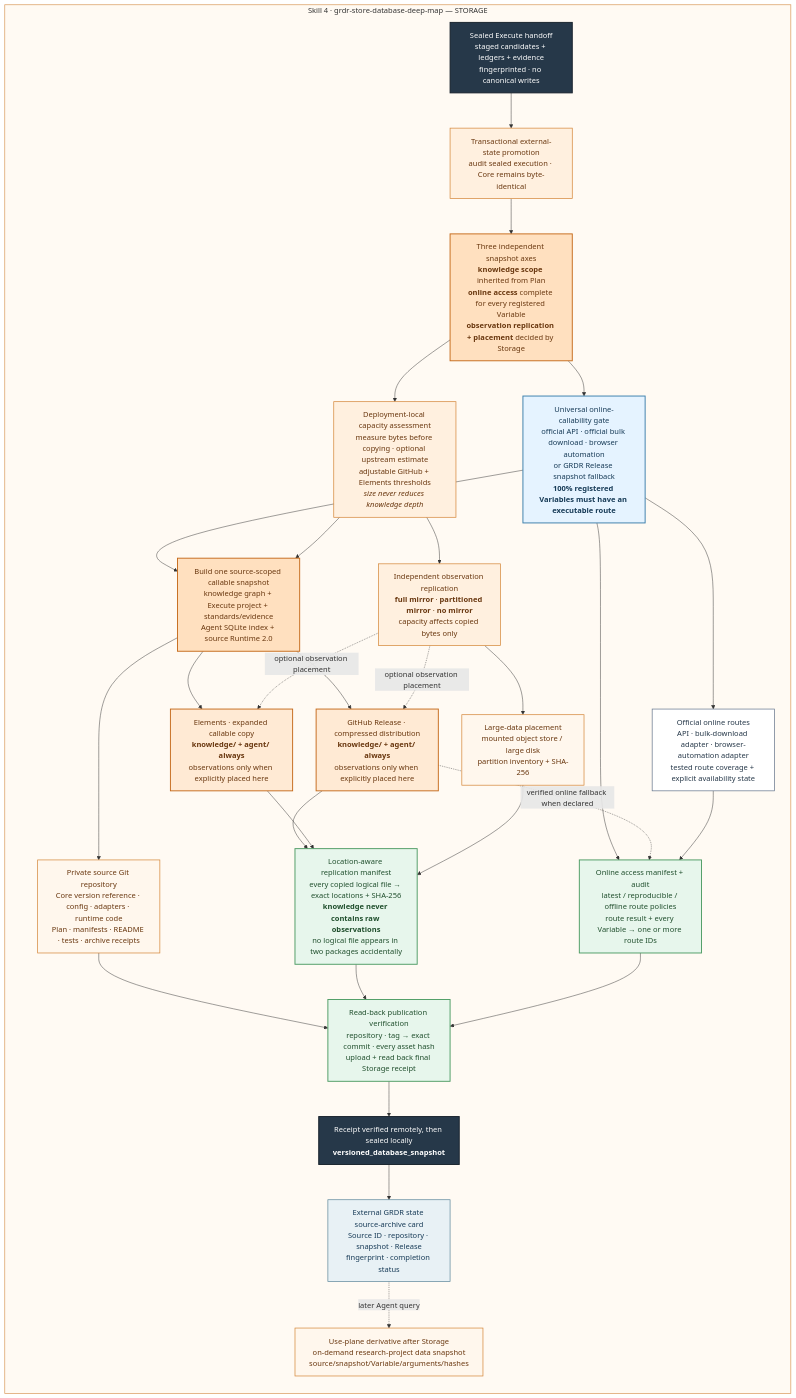
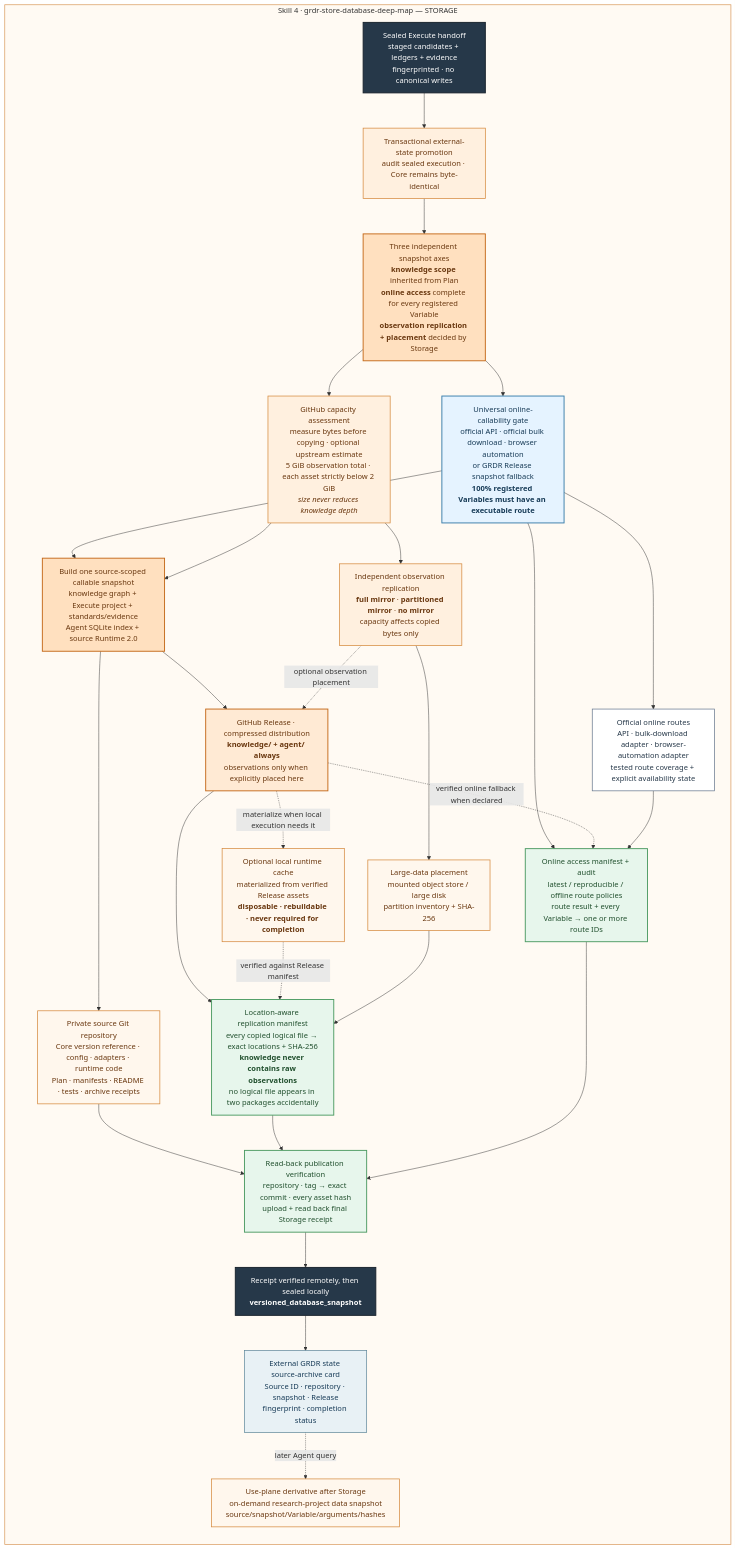
Before and after one commit to yangyuezh/grdr-core-version-archive: the fourth of 5 diagrams in README.md, drawn with Mermaid. The commit also changed other lines of this file and 31 other files, not shown here.

Commit message:
release: make local cache optional and optimize runtime v4.4.0

````diff
--- a/README.md
+++ b/README.md
@@ -166,60 +166,59 @@
 ```mermaid
 flowchart TB
         SEALED["Sealed Execute handoff<br/>staged candidates + ledgers + evidence<br/>fingerprinted · no canonical writes"]:::handoff
 
         subgraph STORAGE["Skill 4 · grdr-store-database-deep-map — STORAGE"]
             direction TB
             S_PROMOTE["Transactional external-state promotion<br/>audit sealed execution · Core remains byte-identical"]:::storage
             S_PROFILE["Three independent snapshot axes<br/><b>knowledge scope</b> inherited from Plan<br/><b>online access</b> complete for every registered Variable<br/><b>observation replication + placement</b> decided by Storage"]:::storageStrong
-            S_CAPACITY["Deployment-local capacity assessment<br/>measure bytes before copying · optional upstream estimate<br/>adjustable GitHub + Elements thresholds<br/><i>size never reduces knowledge depth</i>"]:::storage
+            S_CAPACITY["GitHub capacity assessment<br/>measure bytes before copying · optional upstream estimate<br/>5 GiB observation total · each asset strictly below 2 GiB<br/><i>size never reduces knowledge depth</i>"]:::storage
             S_ONLINE["Universal online-callability gate<br/>official API · official bulk download · browser automation<br/>or GRDR Release snapshot fallback<br/><b>100% registered Variables must have an executable route</b>"]:::online
             S_PACKAGE["Build one source-scoped callable snapshot<br/>knowledge graph + Execute project + standards/evidence<br/>Agent SQLite index + source Runtime 2.0"]:::storageStrong
             S_MODES["Independent observation replication<br/><b>full mirror</b> · <b>partitioned mirror</b> · <b>no mirror</b><br/>capacity affects copied bytes only"]:::storage
 
             S_REPO["Private source Git repository<br/>Core version reference · config · adapters · runtime code<br/>Plan · manifests · README · tests · archive receipts"]:::artifact
             S_RELEASE["GitHub Release · compressed distribution<br/><b>knowledge/ + agent/ always</b><br/>observations only when explicitly placed here"]:::artifactStrong
-            S_ELEMENTS["Elements · expanded callable copy<br/><b>knowledge/ + agent/ always</b><br/>observations only when explicitly placed here"]:::artifactStrong
+            S_LOCAL_CACHE["Optional local runtime cache<br/>materialized from verified Release assets<br/><b>disposable · rebuildable · never required for completion</b>"]:::artifact
             S_LARGE["Large-data placement<br/>mounted object store / large disk<br/>partition inventory + SHA-256"]:::artifact
             S_UPSTREAM["Official online routes<br/>API · bulk-download adapter · browser-automation adapter<br/>tested route coverage + explicit availability state"]:::external
             S_CACHE["Use-plane derivative after Storage<br/>on-demand research-project data snapshot<br/>source/snapshot/Variable/arguments/hashes"]:::artifact
             S_ONLINE_MANIFEST["Online access manifest + audit<br/>latest / reproducible / offline route policies<br/>route result + every Variable → one or more route IDs"]:::verify
             S_MANIFEST["Location-aware replication manifest<br/>every copied logical file → exact locations + SHA-256<br/><b>knowledge never contains raw observations</b><br/>no logical file appears in two packages accidentally"]:::verify
             S_VERIFY["Read-back publication verification<br/>repository · tag → exact commit · every asset hash<br/>upload + read back final Storage receipt"]:::verify
             S_RECEIPT["Receipt verified remotely, then sealed locally<br/><b>versioned_database_snapshot</b>"]:::handoff
             S_CARD["External GRDR state source-archive card<br/>Source ID · repository · snapshot · Release<br/>fingerprint · completion status"]:::shared
 
             SEALED --> S_PROMOTE --> S_PROFILE
             S_PROFILE --> S_ONLINE --> S_PACKAGE
             S_PROFILE --> S_CAPACITY --> S_PACKAGE
             S_CAPACITY --> S_MODES
             S_PACKAGE --> S_REPO
             S_PACKAGE --> S_RELEASE
-            S_PACKAGE --> S_ELEMENTS
+            S_RELEASE -. "materialize when local execution needs it" .-> S_LOCAL_CACHE
             S_MODES -. "optional observation placement" .-> S_RELEASE
-            S_MODES -. "optional observation placement" .-> S_ELEMENTS
             S_MODES --> S_LARGE
             S_ONLINE --> S_UPSTREAM
             S_ONLINE --> S_ONLINE_MANIFEST
             S_RELEASE --> S_MANIFEST
             S_RELEASE -. "verified online fallback when declared" .-> S_ONLINE_MANIFEST
-            S_ELEMENTS --> S_MANIFEST
+            S_LOCAL_CACHE -. "verified against Release manifest" .-> S_MANIFEST
             S_LARGE --> S_MANIFEST
             S_UPSTREAM --> S_ONLINE_MANIFEST
             S_REPO --> S_VERIFY
             S_MANIFEST --> S_VERIFY
             S_ONLINE_MANIFEST --> S_VERIFY
             S_VERIFY --> S_RECEIPT --> S_CARD
             S_CARD -. "later Agent query" .-> S_CACHE
         end
 
     classDef shared fill:#E8F1F5,stroke:#5E879A,color:#173B57,stroke-width:1.5px;
     classDef handoff fill:#263849,stroke:#17212B,color:#FFFFFF,stroke-width:2px;
     classDef storage fill:#FFF0DF,stroke:#D48638,color:#69370F,stroke-width:1.5px;
     classDef storageStrong fill:#FFE0BF,stroke:#C56A1B,color:#69370F,stroke-width:2px;
     classDef online fill:#E5F3FF,stroke:#397DAA,color:#173B57,stroke-width:2px;
     classDef artifact fill:#FFF7ED,stroke:#D48638,color:#69370F,stroke-width:1.5px;
     classDef artifactStrong fill:#FFEAD4,stroke:#C56A1B,color:#69370F,stroke-width:2px;
     classDef external fill:#FFFFFF,stroke:#64748B,color:#263849,stroke-width:1.5px;
     classDef verify fill:#E7F6EC,stroke:#4D9B63,color:#204F2D,stroke-width:2px;
     style STORAGE fill:#FFFAF3,stroke:#D99A5D,stroke-width:1.5px
 ```
````
